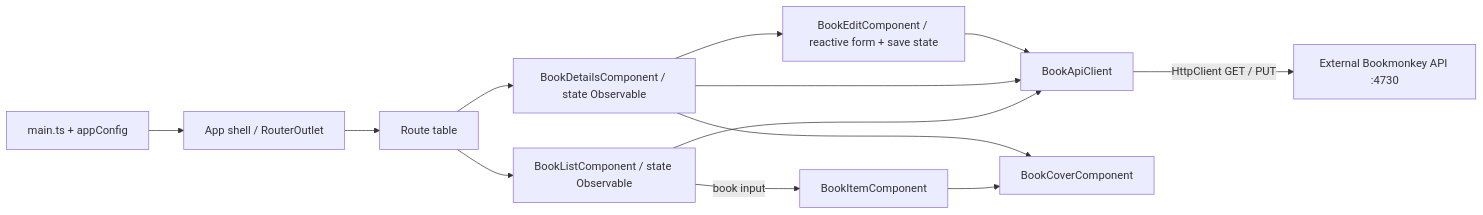
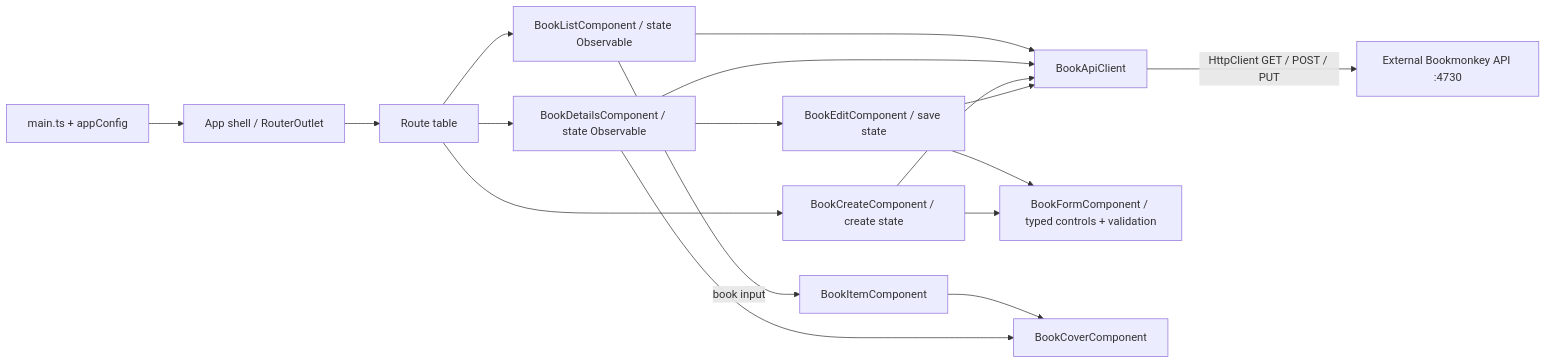
One commit to EHerche/ki-software-engineer changed the diagram in ARCHITECTURE.md. Above: the diagram before and after it, drawn with Mermaid. The commit also changed other lines of this file and 37 other files, not shown here.

````diff
--- a/ARCHITECTURE.md
+++ b/ARCHITECTURE.md
@@ -61,15 +61,19 @@
 ```mermaid
 flowchart LR
   Main[main.ts + appConfig] --> App[App shell / RouterOutlet]
   App --> Routes[Route table]
   Routes --> List[BookListComponent / state Observable]
   Routes --> Details[BookDetailsComponent / state Observable]
   List --> API[BookApiClient]
   Details --> API
-  Details --> Editor[BookEditComponent / reactive form + save state]
+  Details --> Editor[BookEditComponent / save state]
+  Editor --> Form[BookFormComponent / typed controls + validation]
+  Routes --> Create[BookCreateComponent / create state]
+  Create --> Form
+  Create --> API
   Editor --> API
-  API -->|HttpClient GET / PUT| Backend[External Bookmonkey API :4730]
+  API -->|HttpClient GET / POST / PUT| Backend[External Bookmonkey API :4730]
   List -->|book input| Card[BookItemComponent]
   Card --> Cover[BookCoverComponent]
   Details --> Cover
 ```
````
